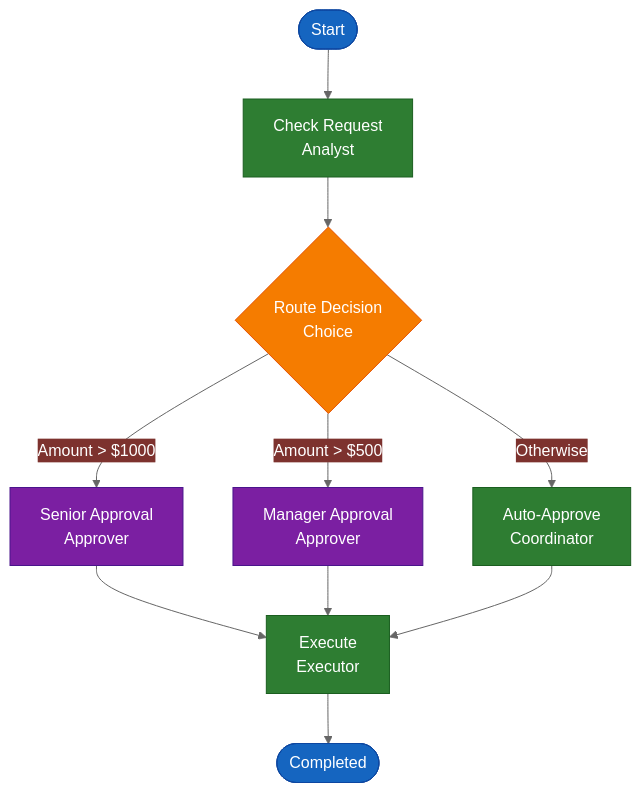
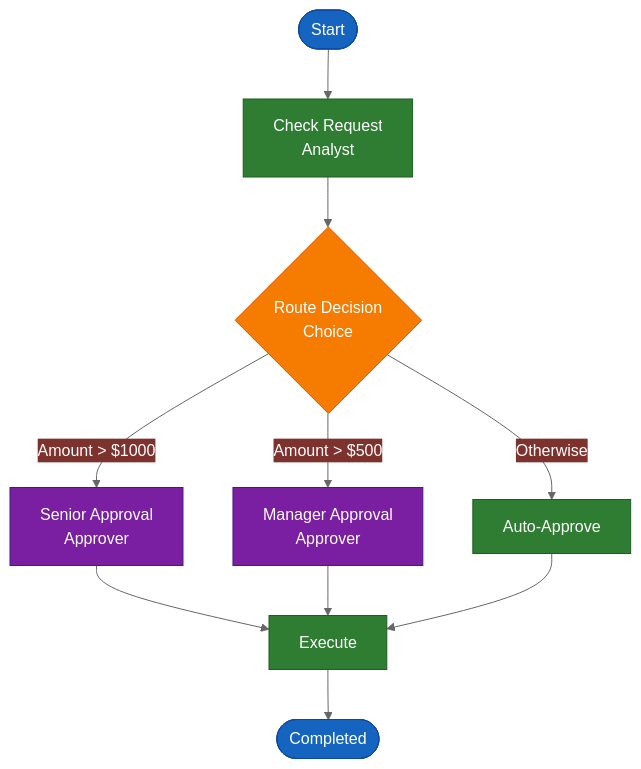
The third of 11 diagrams in docs/reference/visual-patterns.md (gcowin/approachable-workflows), drawn with Mermaid before and after one commit. The commit also changed other lines of this file and 58 other files, not shown here.

````diff
--- a/docs/reference/visual-patterns.md
+++ b/docs/reference/visual-patterns.md
@@ -118,22 +118,22 @@
 ```mermaid
 %%{init: {'theme':'base', 'themeVariables': {'primaryColor':'#2E7D32','primaryTextColor':'#fff','lineColor':'#666'}}}%%
 graph TD
     Start([Start]) --> A[Check Request<br/>Analyst]
     A --> B{Route Decision<br/>Choice}
     B -->|Amount > $1000| C[Senior Approval<br/>Approver]
     B -->|Amount > $500| D[Manager Approval<br/>Approver]
-    B -->|Otherwise| E[Auto-Approve<br/>Coordinator]
-    C --> F[Execute<br/>Executor]
+    B -->|Otherwise| E[Auto-Approve]
+    C --> F[Execute]
     D --> F
     E --> F
     F --> End([Completed])
     
     style Start fill:#1565C0,stroke:#0D47A1,color:#fff
     style A fill:#2E7D32,stroke:#1B5E20,color:#fff
     style B fill:#F57C00,stroke:#E65100,color:#fff
     style C fill:#7B1FA2,stroke:#4A148C,color:#fff
     style D fill:#7B1FA2,stroke:#4A148C,color:#fff
     style E fill:#2E7D32,stroke:#1B5E20,color:#fff
     style F fill:#2E7D32,stroke:#1B5E20,color:#fff
     style End fill:#1565C0,stroke:#0D47A1,color:#fff
 ```
````
